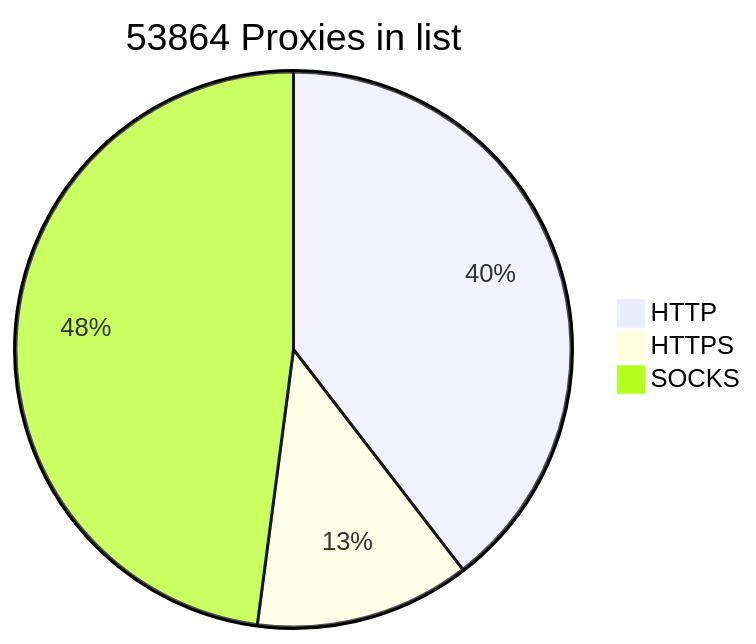
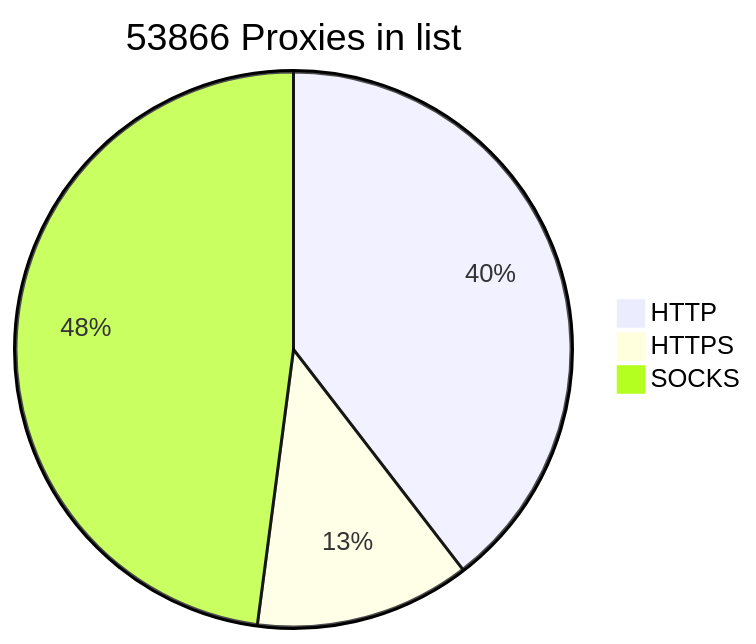
Before and after one commit to BlackSnowDot/proxylist-update-every-minute: the diagram in README.md, drawn with Mermaid.

````diff
--- a/README.md
+++ b/README.md
@@ -2,6 +2,6 @@
 ```mermaid
-pie title 53864 Proxies in list
+pie title 53866 Proxies in list
     "HTTP" : 23848
     "HTTPS": 7547
-    "SOCKS" : 28886
+    "SOCKS" : 28888
 ```
````
